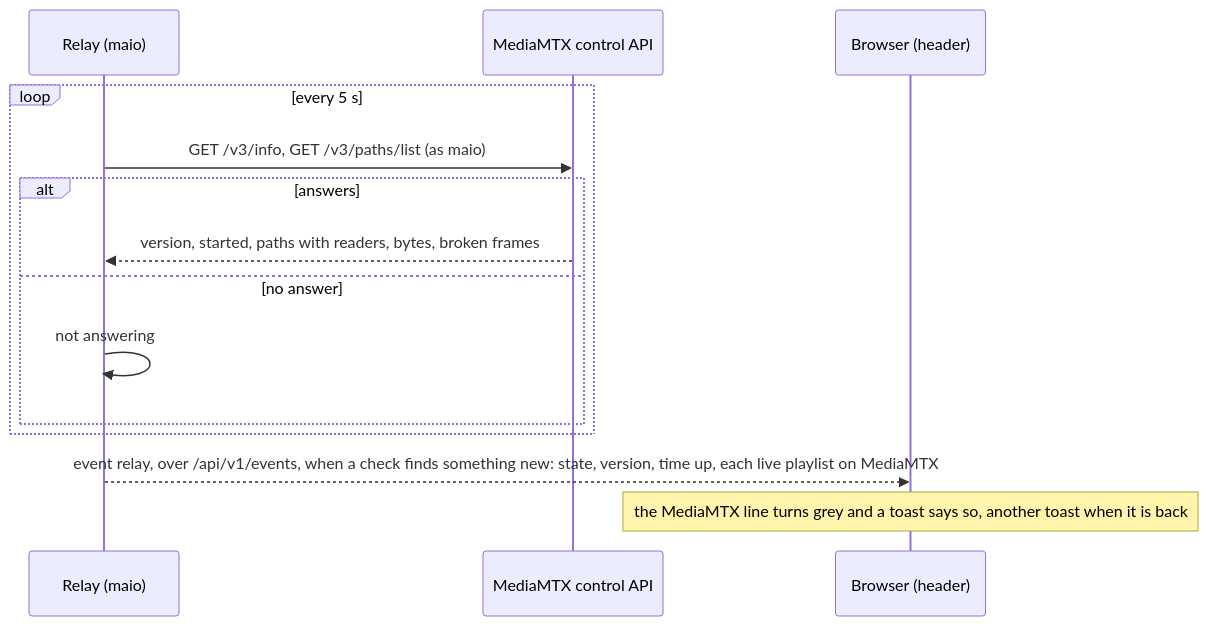
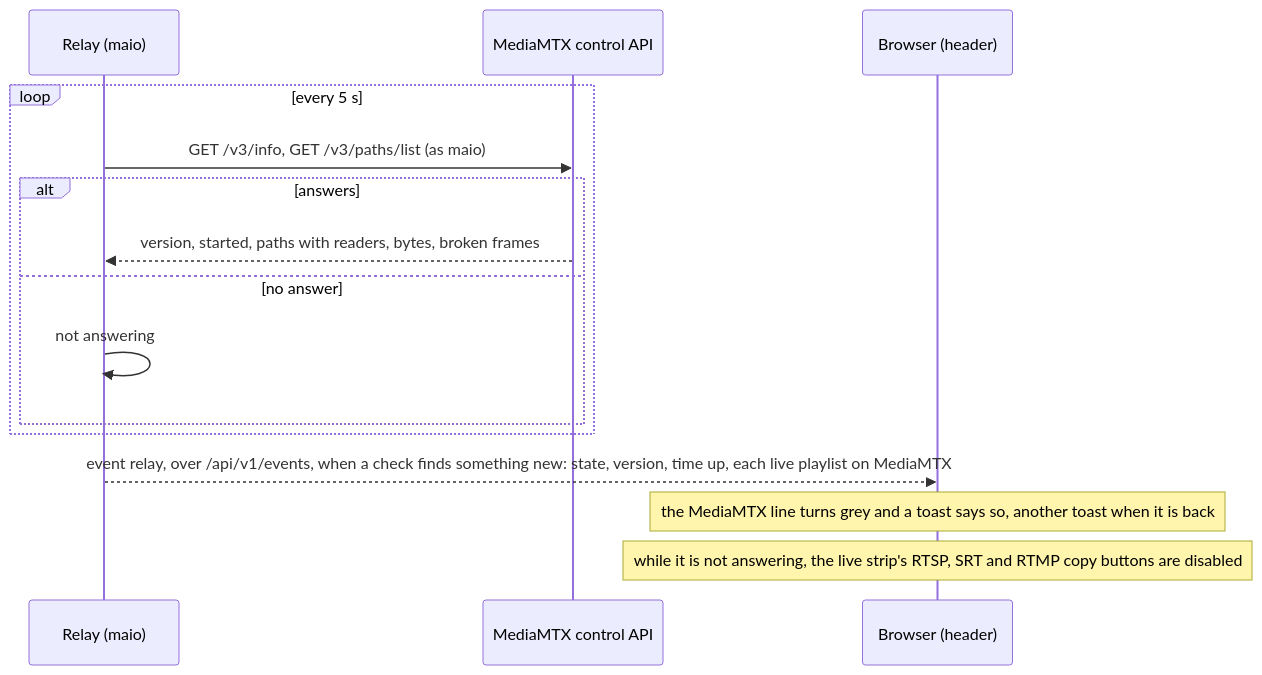
Before and after one commit to fulgas/maio: the fifth of 5 diagrams in docs/architecture/06-runtime-view.md, drawn with Mermaid. The commit also changed 12 other files, not shown here.

First line of the commit message:
fix(live): RTSP, SRT and RTMP addresses can't be copied while MediaMTX is not answering

````diff
--- a/docs/architecture/06-runtime-view.md
+++ b/docs/architecture/06-runtime-view.md
@@ -121,16 +121,17 @@
 ```mermaid
 sequenceDiagram
     participant R as Relay (maio)
     participant M as MediaMTX control API
     participant B as Browser (header)
     loop every 5 s
         R->>M: GET /v3/info, GET /v3/paths/list (as maio)
         alt answers
             M-->>R: version, started, paths with readers, bytes, broken frames
         else no answer
             R->>R: not answering
         end
     end
     R-->>B: event relay, over /api/v1/events, when a check finds something new: state, version, time up, each live playlist on MediaMTX
     Note over B: the MediaMTX line turns grey and a toast says so, another toast when it is back
+    Note over B: while it is not answering, the live strip's RTSP, SRT and RTMP copy buttons are disabled
 ```
````
